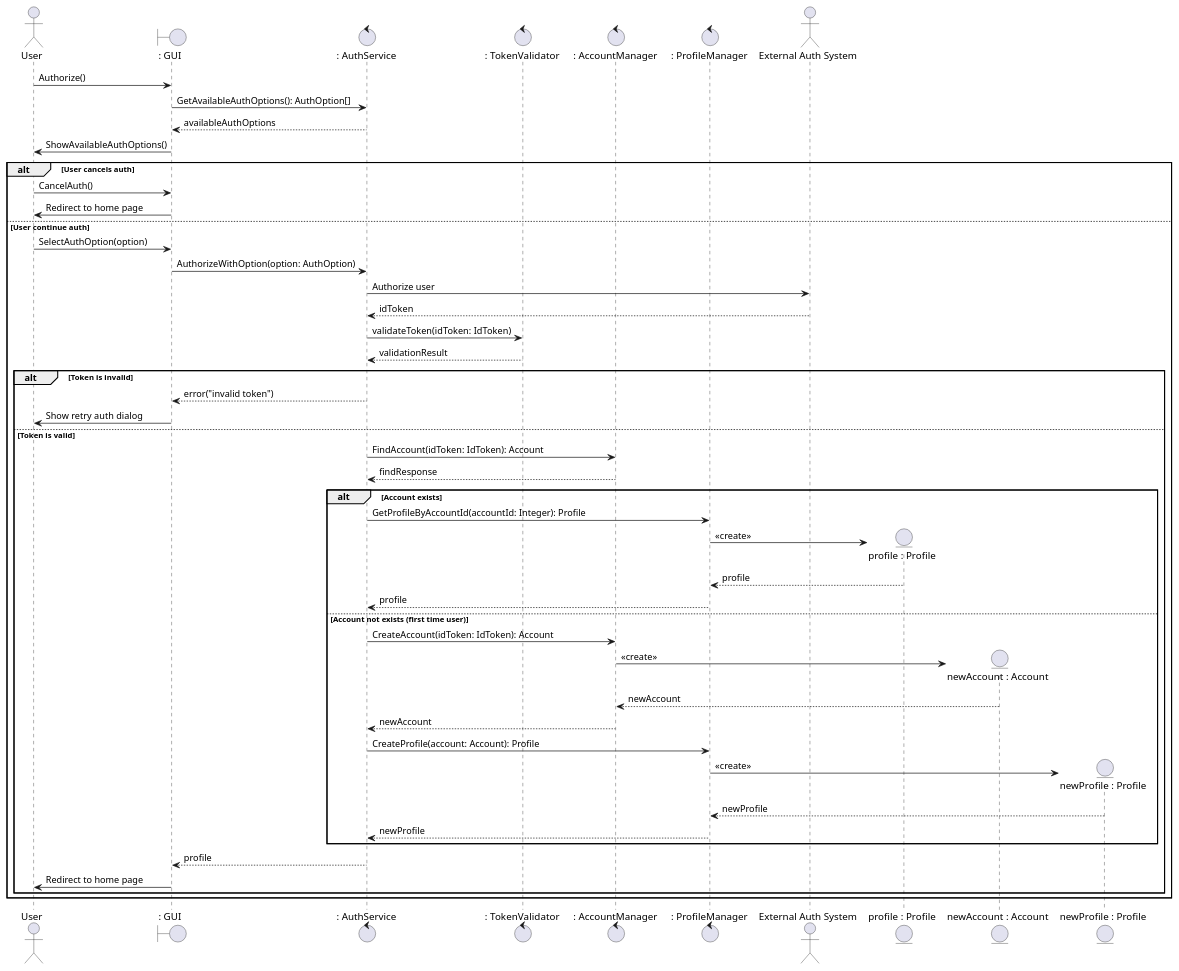
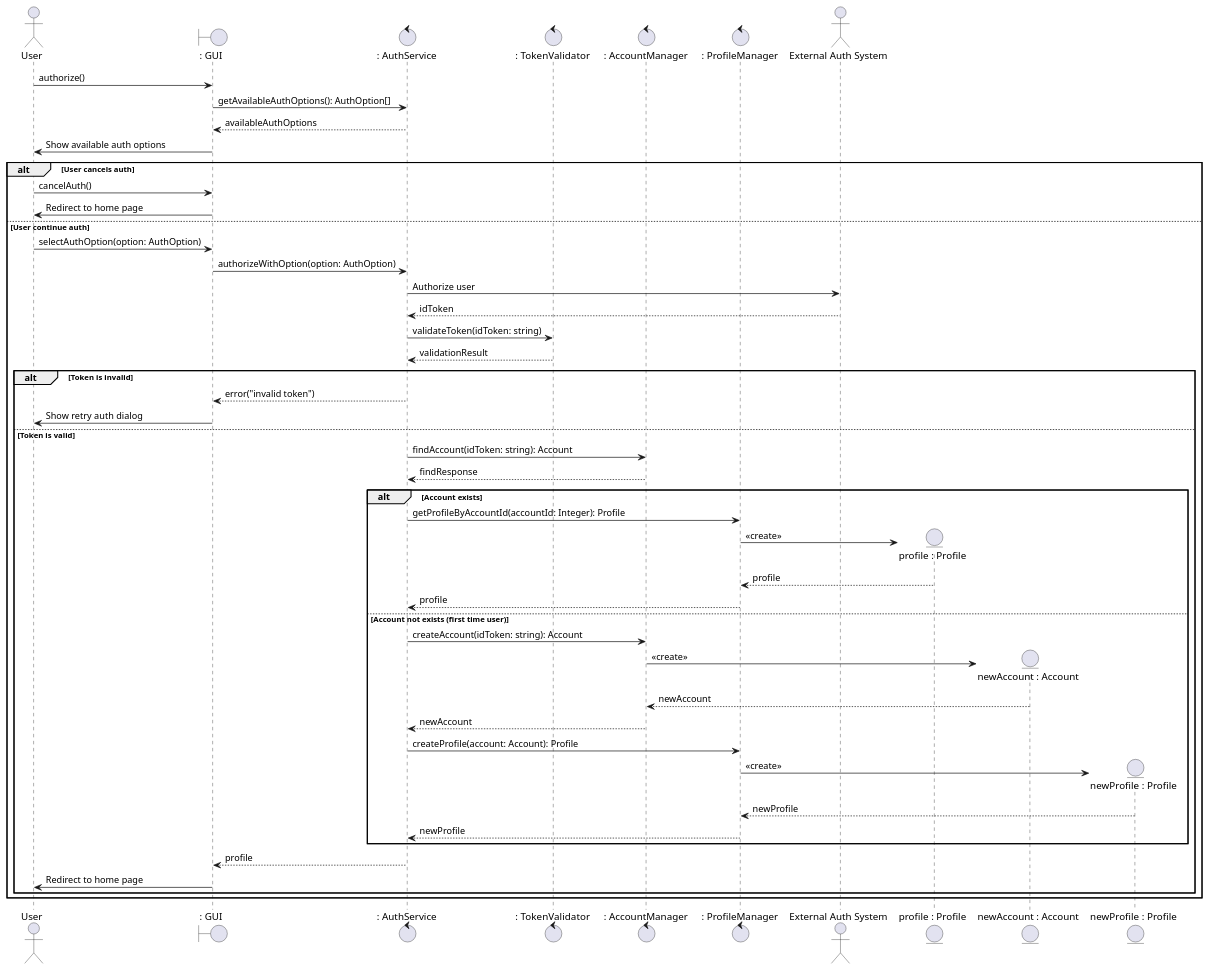
The diagram in docs/user-authorize-diagram-extended.plantuml (DustofTimeYT/DropDatabase), drawn with PlantUML before and after one commit. The commit also changed 1 other file, not shown here.

Commit message:
Поменял названия методов в диаграммах, чтобы следовать camelCase

```diff
--- a/docs/user-authorize-diagram-extended.plantuml
+++ b/docs/user-authorize-diagram-extended.plantuml
@@ -1,61 +1,61 @@
 @startuml
 
 actor "User" as u
 boundary ": GUI" as page
 control " : AuthService" as authService
 control " : TokenValidator" as tokenValidator
 control " : AccountManager" as accountManager
 control " : ProfileManager" as profileManager
 actor "External Auth System" as eas
 
-u -> page : Authorize()
-page -> authService : GetAvailableAuthOptions(): AuthOption[]
+u -> page : authorize()
+page -> authService : getAvailableAuthOptions(): AuthOption[]
 authService --> page : availableAuthOptions
-page -> u : ShowAvailableAuthOptions()
+page -> u : Show available auth options
 
 alt User cancels auth
-    u -> page : CancelAuth()
+    u -> page : cancelAuth()
     page -> u : Redirect to home page
 else User continue auth
-    u -> page : SelectAuthOption(option)
-    page -> authService : AuthorizeWithOption(option: AuthOption)
+    u -> page : selectAuthOption(option: AuthOption)
+    page -> authService : authorizeWithOption(option: AuthOption)
 
     authService -> eas : Authorize user
     eas --> authService : idToken
 
-    authService -> tokenValidator : validateToken(idToken: IdToken)
+    authService -> tokenValidator : validateToken(idToken: string)
     tokenValidator --> authService : validationResult
 
     alt Token is invalid
         authService --> page : error("invalid token")
         page -> u : Show retry auth dialog
     else Token is valid
-        authService -> accountManager : FindAccount(idToken: IdToken): Account
+        authService -> accountManager : findAccount(idToken: string): Account
         accountManager --> authService : findResponse
 
         alt Account exists
-            authService -> profileManager : GetProfileByAccountId(accountId: Integer): Profile
+            authService -> profileManager : getProfileByAccountId(accountId: Integer): Profile
             create entity "profile : Profile" as profile
             profileManager -> profile : <<create>>
             profile --> profileManager : profile
             profileManager --> authService : profile
         else Account not exists (first time user)
-            authService -> accountManager : CreateAccount(idToken: IdToken): Account
+            authService -> accountManager : createAccount(idToken: string): Account
             create entity "newAccount : Account" as newAccount
             accountManager -> newAccount : <<create>>
             newAccount --> accountManager : newAccount
             accountManager --> authService : newAccount
 
-            authService -> profileManager : CreateProfile(account: Account): Profile
+            authService -> profileManager : createProfile(account: Account): Profile
             create entity "newProfile : Profile" as newProfile
             profileManager -> newProfile : <<create>>
             newProfile --> profileManager : newProfile
             profileManager --> authService : newProfile
         end
 
         authService --> page : profile
         page -> u : Redirect to home page
     end
 end
 
 @enduml
```
